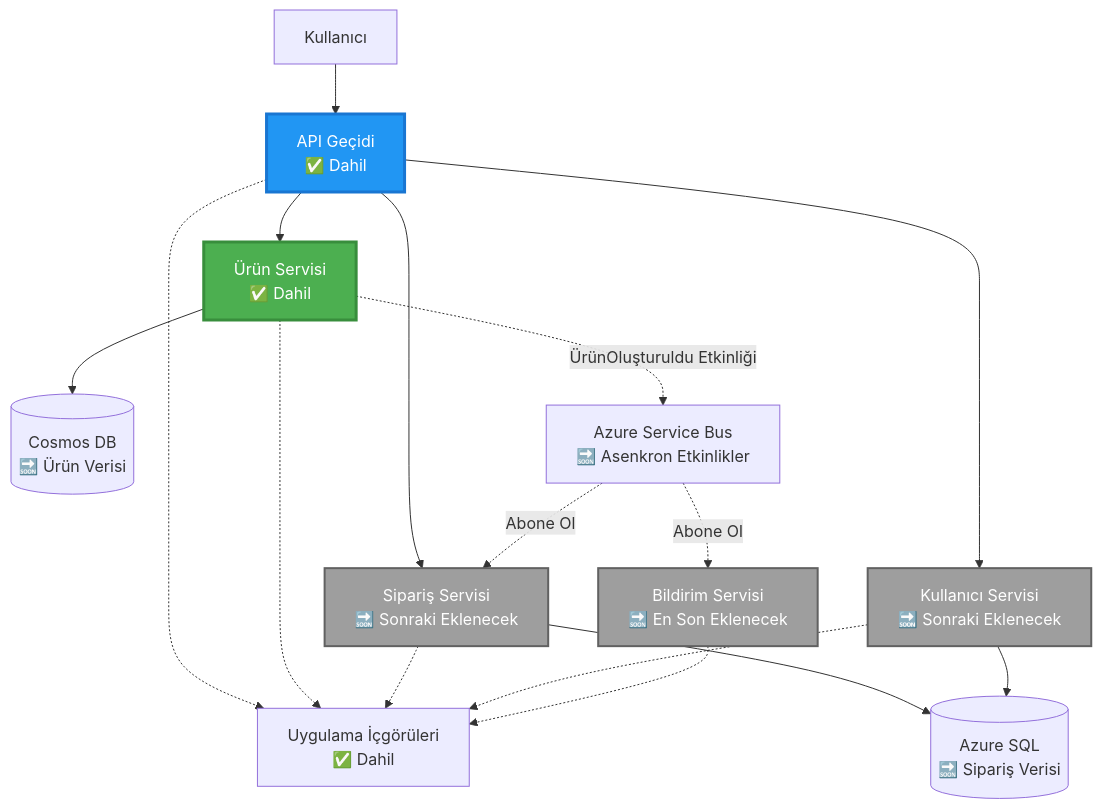
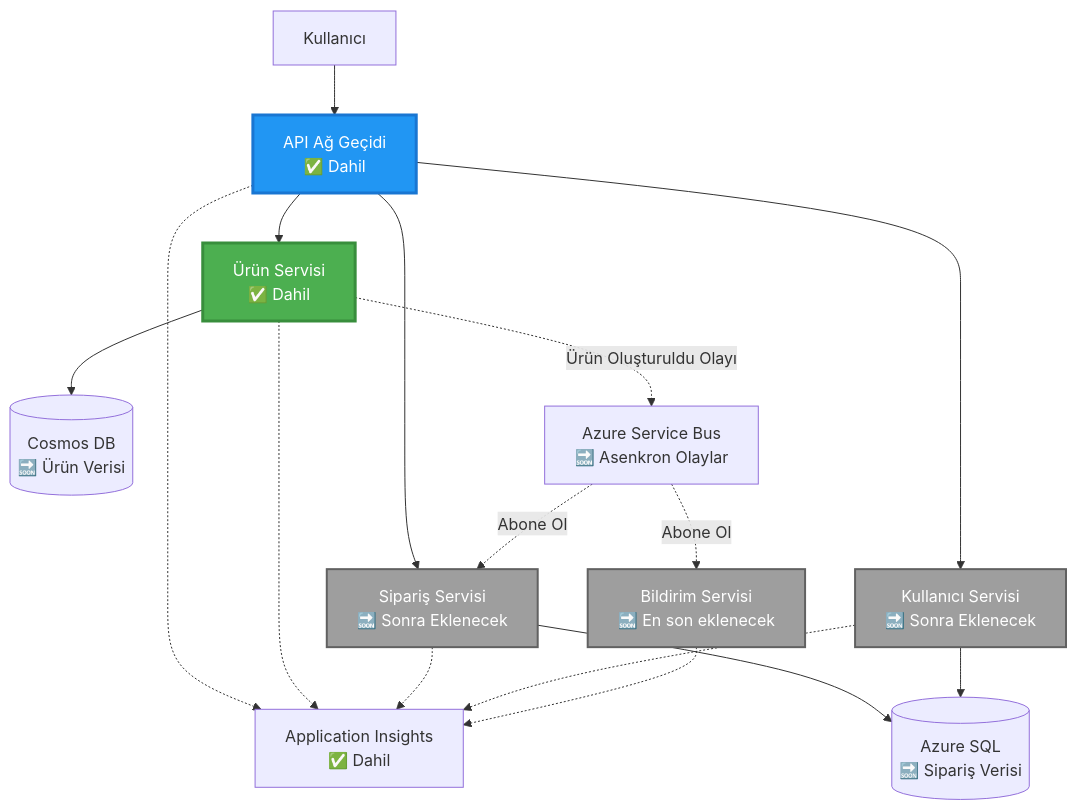
The second of 4 diagrams in translations/tr/examples/microservices/README.md (microsoft/AZD-for-beginners), drawn with Mermaid before and after one commit. The commit also changed other lines of this file and 242 other files, not shown here.

````diff
--- a/translations/tr/examples/microservices/README.md
+++ b/translations/tr/examples/microservices/README.md
@@ -78,39 +69,39 @@
 ```mermaid
 graph TB
     User[Kullanıcı]
-    Gateway[API Geçidi<br/>✅ Dahil]
+    Gateway[API Ağ Geçidi<br/>✅ Dahil]
     Product[Ürün Servisi<br/>✅ Dahil]
-    Order[Sipariş Servisi<br/>🔜 Sonraki Eklenecek]
-    UserSvc[Kullanıcı Servisi<br/>🔜 Sonraki Eklenecek]
-    Notify[Bildirim Servisi<br/>🔜 En Son Eklenecek]
+    Order[Sipariş Servisi<br/>🔜 Sonra Eklenecek]
+    UserSvc[Kullanıcı Servisi<br/>🔜 Sonra Eklenecek]
+    Notify[Bildirim Servisi<br/>🔜 En son eklenecek]
     
     CosmosDB[(Cosmos DB<br/>🔜 Ürün Verisi)]
     AzureSQL[(Azure SQL<br/>🔜 Sipariş Verisi)]
-    ServiceBus[Azure Service Bus<br/>🔜 Asenkron Etkinlikler]
-    AppInsights[Uygulama İçgörüleri<br/>✅ Dahil]
+    ServiceBus[Azure Service Bus<br/>🔜 Asenkron Olaylar]
+    AppInsights[Application Insights<br/>✅ Dahil]
     
     User --> Gateway
     Gateway --> Product
     Gateway --> Order
     Gateway --> UserSvc
     
     Product --> CosmosDB
     Order --> AzureSQL
     UserSvc --> AzureSQL
     
-    Product -.->|ÜrünOluşturuldu Etkinliği| ServiceBus
+    Product -.->|Ürün Oluşturuldu Olayı| ServiceBus
     ServiceBus -.->|Abone Ol| Notify
     ServiceBus -.->|Abone Ol| Order
     
     Gateway -.-> AppInsights
     Product -.-> AppInsights
     Order -.-> AppInsights
     UserSvc -.-> AppInsights
     Notify -.-> AppInsights
     
     style Product fill:#4CAF50,stroke:#388E3C,stroke-width:3px,color:#fff
     style Gateway fill:#2196F3,stroke:#1976D2,stroke-width:3px,color:#fff
     style Order fill:#9E9E9E,stroke:#616161,stroke-width:2px,color:#fff
     style UserSvc fill:#9E9E9E,stroke:#616161,stroke-width:2px,color:#fff
     style Notify fill:#9E9E9E,stroke:#616161,stroke-width:2px,color:#fff
 ```
````
